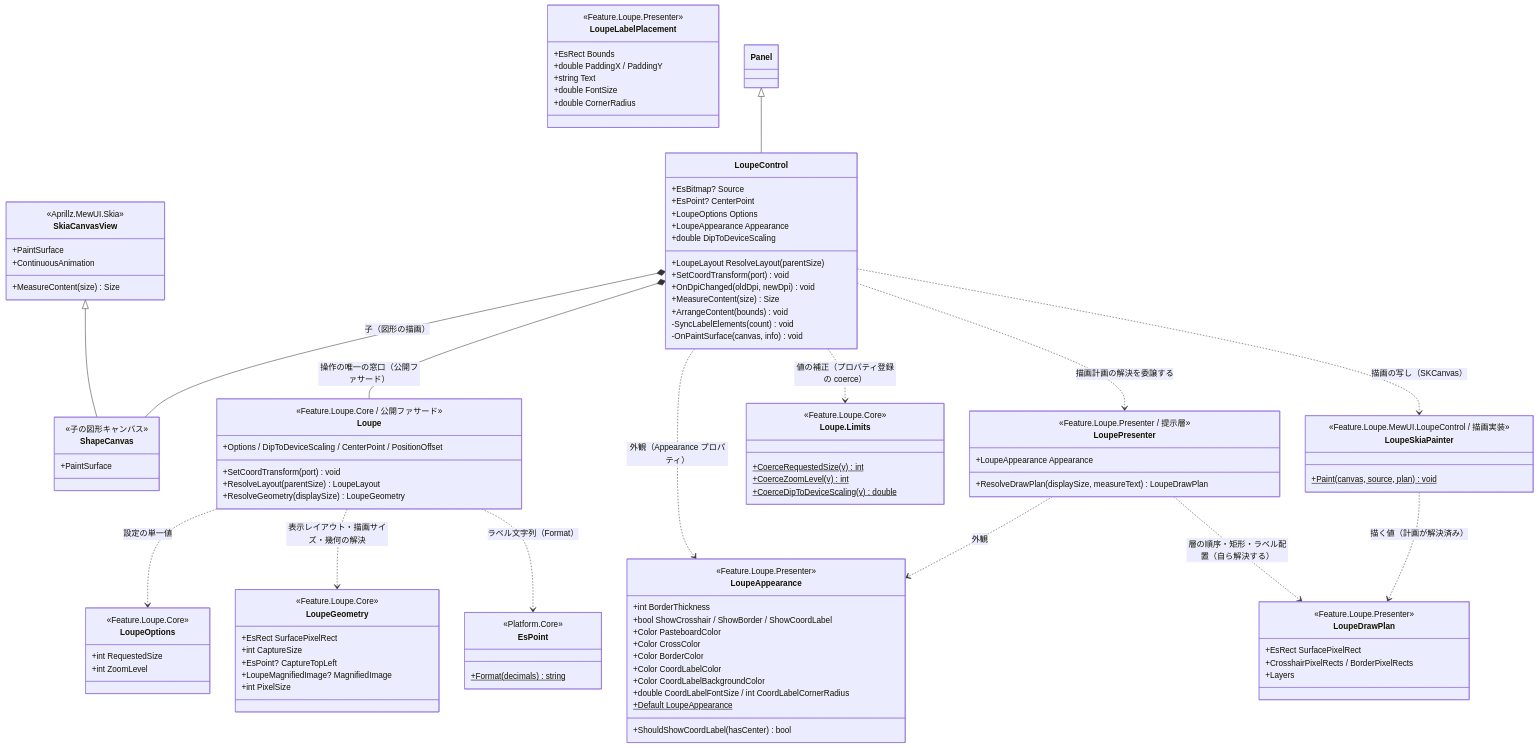
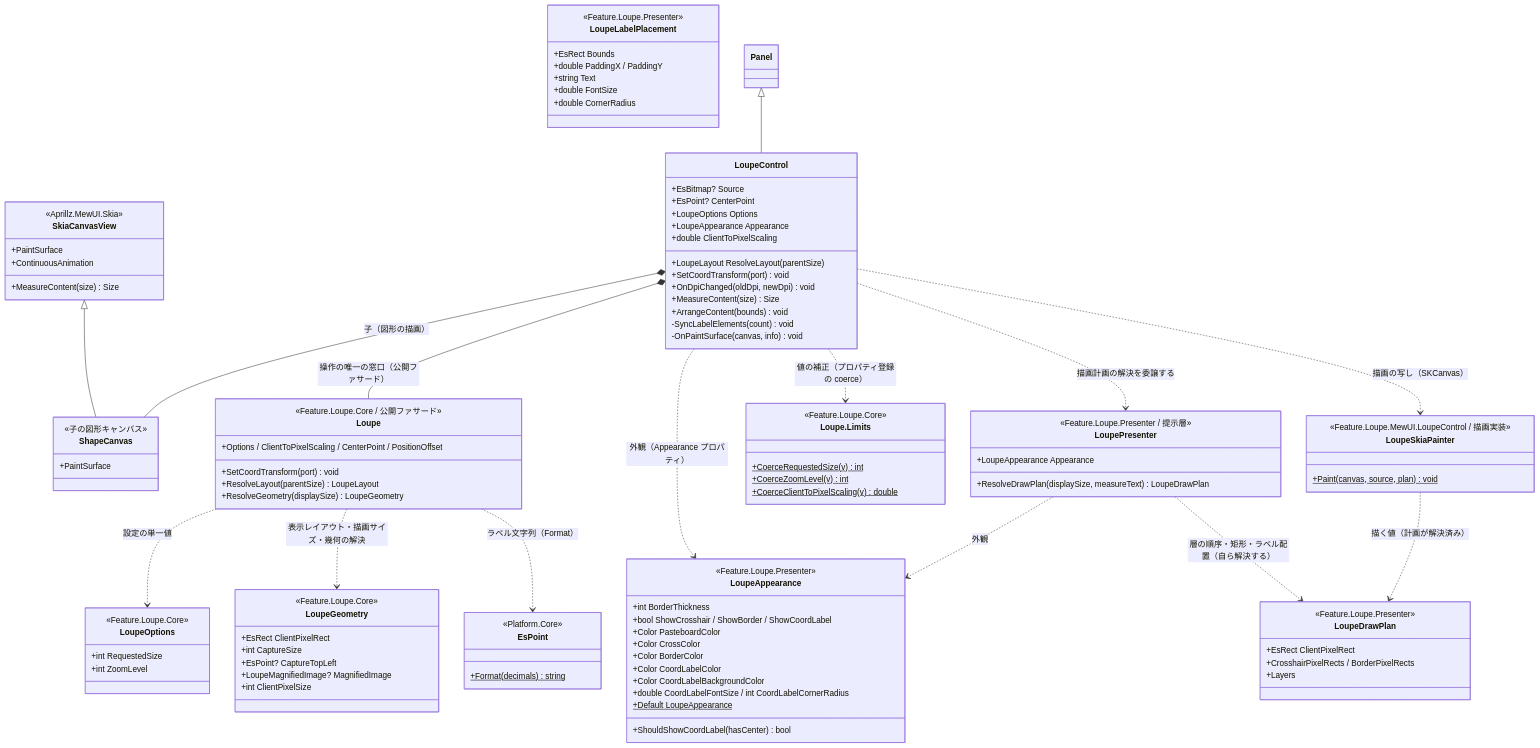
The first of 2 diagrams in src/Feature.Loupe.MewUI.LoupeControl/SPEC_System.md (tomokuni/SaveEvidence), drawn with Mermaid before and after one commit. The commit also changed other lines of this file and 78 other files, not shown here.

```diff
--- a/src/Feature.Loupe.MewUI.LoupeControl/SPEC_System.md
+++ b/src/Feature.Loupe.MewUI.LoupeControl/SPEC_System.md
@@ -85,7 +85,7 @@
         +EsPoint? CenterPoint
         +LoupeOptions Options
         +LoupeAppearance Appearance
-        +double DipToDeviceScaling
+        +double ClientToPixelScaling
         +LoupeLayout ResolveLayout(parentSize)
         +SetCoordTransform(port) void
         +OnDpiChanged(oldDpi, newDpi) void
@@ -129,21 +129,21 @@
         <<Feature.Loupe.Core>>
         +CoerceRequestedSize(v) int$
         +CoerceZoomLevel(v) int$
-        +CoerceDipToDeviceScaling(v) double$
+        +CoerceClientToPixelScaling(v) double$
     }
     class LoupeDrawPlan {
         <<Feature.Loupe.Presenter>>
-        +EsRect SurfacePixelRect
+        +EsRect ClientPixelRect
                 +CrosshairPixelRects / BorderPixelRects
         +Layers
     }
     class LoupeGeometry {
         <<Feature.Loupe.Core>>
-        +EsRect SurfacePixelRect
+        +EsRect ClientPixelRect
         +int CaptureSize
         +EsPoint? CaptureTopLeft
         +LoupeMagnifiedImage? MagnifiedImage
-        +int PixelSize
+        +int ClientPixelSize
     }
     class LoupeLabelPlacement {
         <<Feature.Loupe.Presenter>>
@@ -155,7 +155,7 @@
     }
     class Loupe {
         <<Feature.Loupe.Core / 公開ファサード>>
-        +Options / DipToDeviceScaling / CenterPoint / PositionOffset
+        +Options / ClientToPixelScaling / CenterPoint / PositionOffset
         +SetCoordTransform(port) void
         +ResolveLayout(parentSize) LoupeLayout
         +ResolveGeometry(displaySize) LoupeGeometry
```
